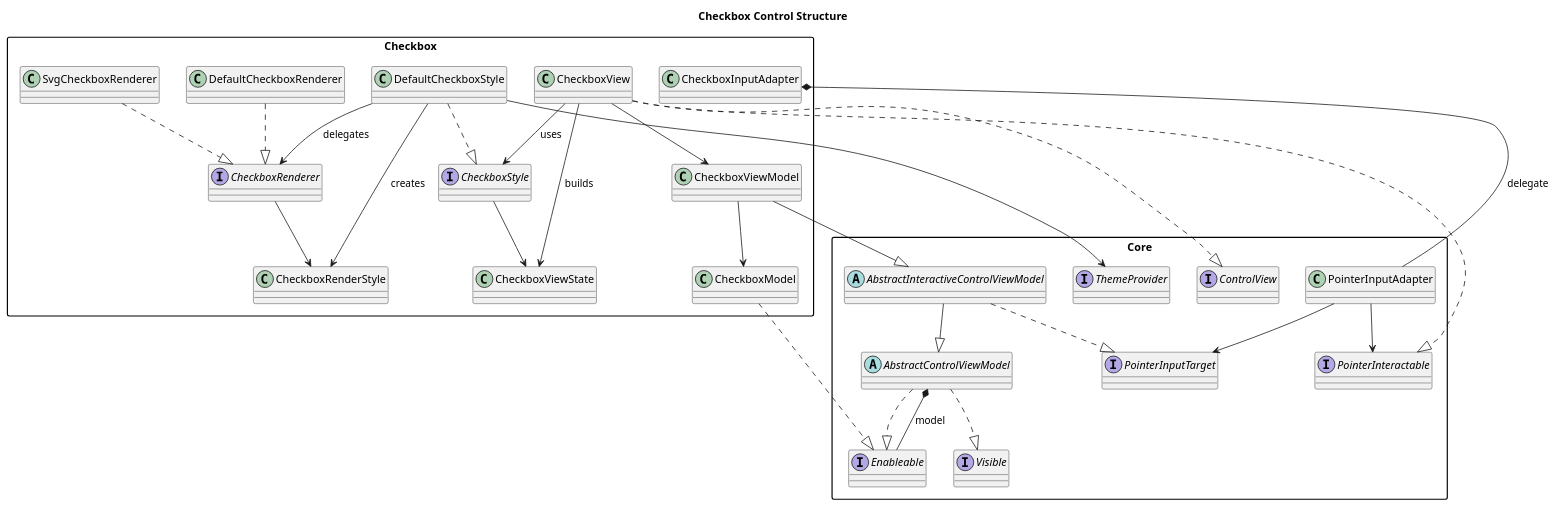
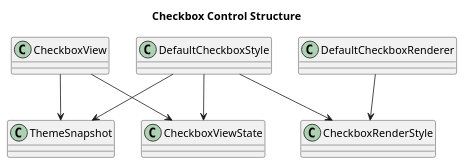
Before and after one commit to cdpoloz/cpz-mvvm-processing-controls: the diagram in docs/uml/control_checkbox.puml, drawn with PlantUML. The commit also changed 53 other files, not shown here.

```diff
--- a/docs/uml/control_checkbox.puml
+++ b/docs/uml/control_checkbox.puml
@@ -1,56 +1,19 @@
 @startuml
 title Checkbox Control Structure
 skinparam packageStyle rectangle
 skinparam shadowing false
 
-package "Core" {
-  interface Enableable
-  interface Visible
-  interface ControlView
-  interface PointerInputTarget
-  interface PointerInteractable
-  abstract class AbstractControlViewModel
-  abstract class AbstractInteractiveControlViewModel
-  class PointerInputAdapter
-  interface ThemeProvider
-}
+class CheckboxView
+class CheckboxViewState
+class DefaultCheckboxStyle
+class CheckboxRenderStyle
+class DefaultCheckboxRenderer
+class ThemeSnapshot
 
-package "Checkbox" {
-  class CheckboxModel
-  class CheckboxViewModel
-  class CheckboxView
-  class CheckboxInputAdapter
-  class CheckboxViewState
-  interface CheckboxStyle
-  class DefaultCheckboxStyle
-  class CheckboxRenderStyle
-  interface CheckboxRenderer
-  class DefaultCheckboxRenderer
-  class SvgCheckboxRenderer
-}
-
-AbstractControlViewModel ..|> Visible
-AbstractControlViewModel ..|> Enableable
-AbstractInteractiveControlViewModel --|> AbstractControlViewModel
-AbstractInteractiveControlViewModel ..|> PointerInputTarget
-CheckboxModel ..|> Enableable
-CheckboxViewModel --|> AbstractInteractiveControlViewModel
-CheckboxView ..|> ControlView
-CheckboxView ..|> PointerInteractable
-AbstractControlViewModel *-- Enableable : model
-CheckboxView --> CheckboxViewModel
-CheckboxView --> CheckboxViewState : builds
-CheckboxView --> CheckboxStyle : uses
-CheckboxStyle --> CheckboxViewState
-DefaultCheckboxStyle ..|> CheckboxStyle
-DefaultCheckboxStyle --> CheckboxRenderStyle : creates
-DefaultCheckboxStyle --> CheckboxRenderer : delegates
-DefaultCheckboxStyle --> ThemeProvider
-CheckboxRenderer --> CheckboxRenderStyle
-DefaultCheckboxRenderer ..|> CheckboxRenderer
-SvgCheckboxRenderer ..|> CheckboxRenderer
-PointerInputAdapter --> PointerInteractable
-PointerInputAdapter --> PointerInputTarget
-CheckboxInputAdapter *-- PointerInputAdapter : delegate
-CheckboxViewModel --> CheckboxModel
+CheckboxView --> CheckboxViewState
+CheckboxView --> ThemeSnapshot
+DefaultCheckboxStyle --> CheckboxViewState
+DefaultCheckboxStyle --> ThemeSnapshot
+DefaultCheckboxStyle --> CheckboxRenderStyle
+DefaultCheckboxRenderer --> CheckboxRenderStyle
 @enduml
```
